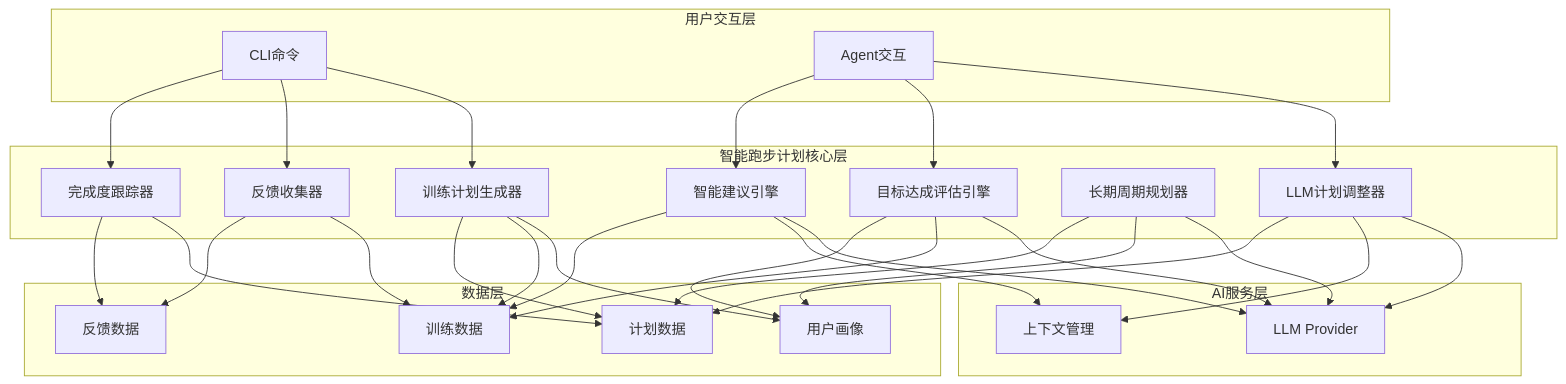
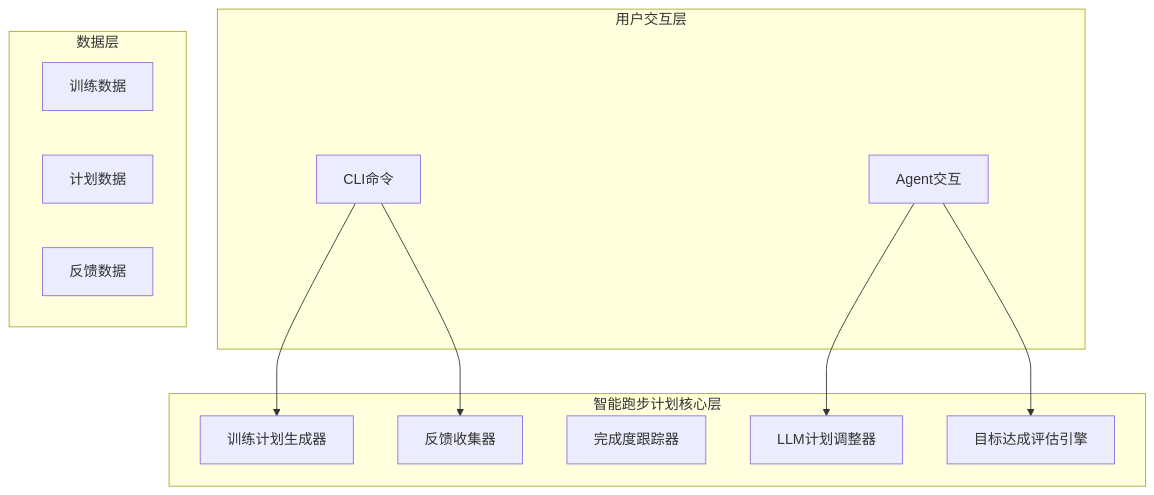
One commit to yecllsl/nanobot-runner changed the second of 7 diagrams in docs/architecture/架构设计说明书.md. Above: the diagram before and after it, drawn with Mermaid. The commit also changed other lines of this file and 5 other files, not shown here.

````diff
--- a/docs/architecture/架构设计说明书.md
+++ b/docs/architecture/架构设计说明书.md
@@ -531,62 +237,26 @@
 ```mermaid
 graph TB
     subgraph "用户交互层"
         CLI[CLI命令]
         AGENT[Agent交互]
     end
     
     subgraph "智能跑步计划核心层"
         PLAN_GEN[训练计划生成器]
         FEEDBACK[反馈收集器]
         TRACKER[完成度跟踪器]
         ADJUSTER[LLM计划调整器]
         PREDICTOR[目标达成评估引擎]
-        LONG_TERM[长期周期规划器]
-        ADVICE[智能建议引擎]
     end
     
     subgraph "数据层"
         TRAINING_DATA[训练数据]
         PLAN_DATA[计划数据]
         FEEDBACK_DATA[反馈数据]
-        USER_PROFILE[用户画像]
-    end
-    
-    subgraph "AI服务层"
-        LLM[LLM Provider]
-        CONTEXT[上下文管理]
     end
     
     CLI --> PLAN_GEN
     CLI --> FEEDBACK
-    CLI --> TRACKER
     AGENT --> ADJUSTER
     AGENT --> PREDICTOR
-    AGENT --> ADVICE
-    
-    PLAN_GEN --> USER_PROFILE
-    PLAN_GEN --> TRAINING_DATA
-    PLAN_GEN --> PLAN_DATA
-    
-    FEEDBACK --> TRAINING_DATA
-    FEEDBACK --> FEEDBACK_DATA
-    
-    TRACKER --> PLAN_DATA
-    TRACKER --> FEEDBACK_DATA
-    
-    ADJUSTER --> LLM
-    ADJUSTER --> CONTEXT
-    ADJUSTER --> PLAN_DATA
-    
-    PREDICTOR --> LLM
-    PREDICTOR --> TRAINING_DATA
-    PREDICTOR --> USER_PROFILE
-    
-    LONG_TERM --> LLM
-    LONG_TERM --> USER_PROFILE
-    LONG_TERM --> PLAN_DATA
-    
-    ADVICE --> LLM
-    ADVICE --> CONTEXT
-    ADVICE --> TRAINING_DATA
 ```
````
